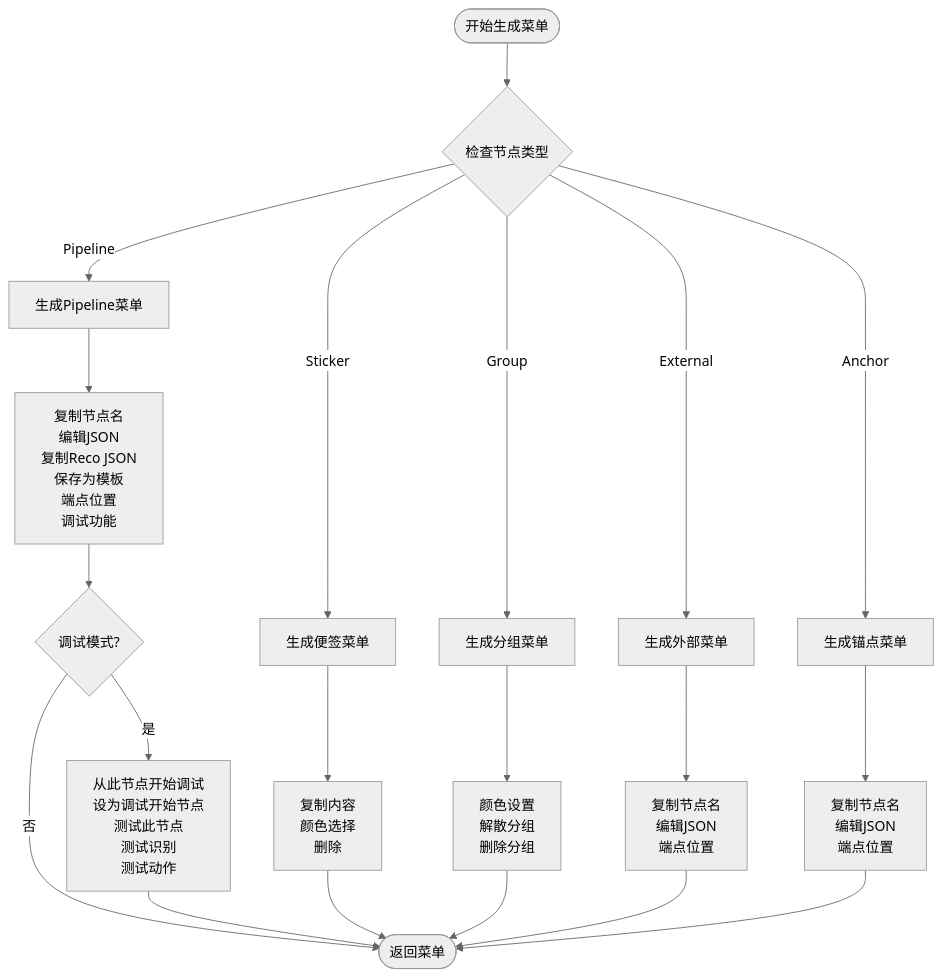
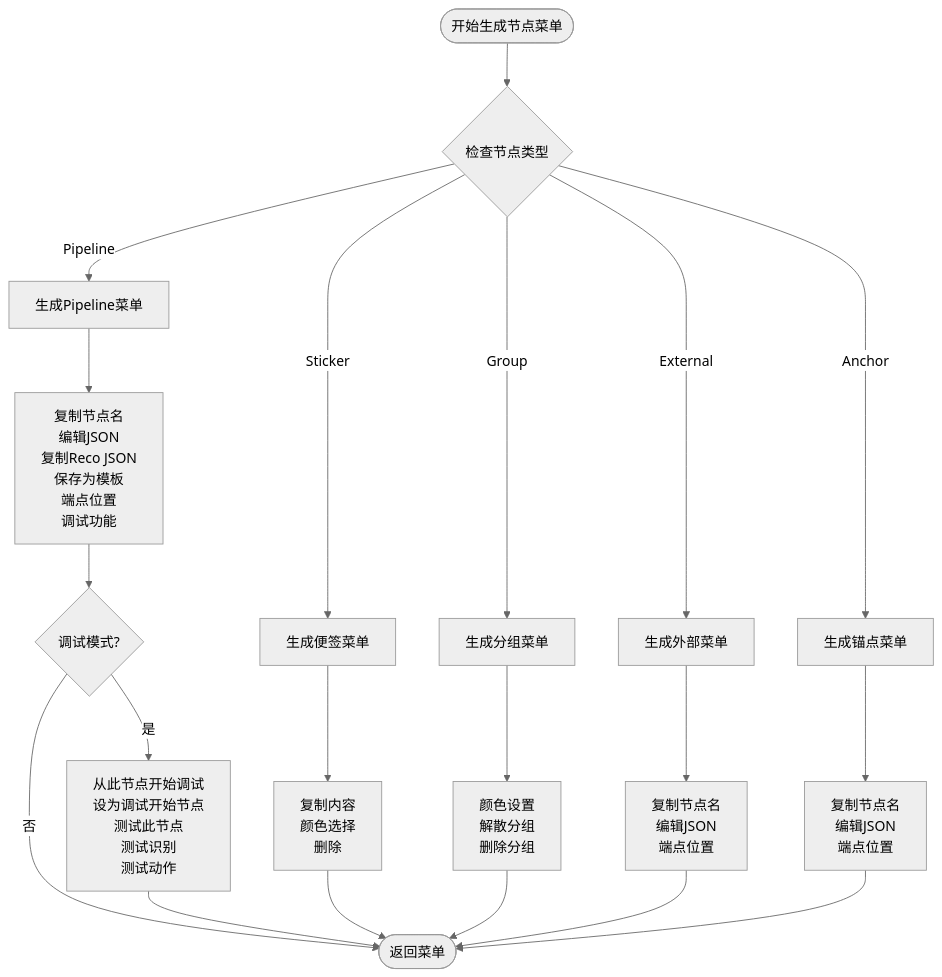
The sixth of 10 diagrams in .qoder/repowiki/zh/content/Node Context Menu.md (kqcoxn/MaaPipelineEditor), drawn with Mermaid (neutral theme) before and after one commit. The commit also changed other lines of this file and 22 other files, not shown here.

````diff
--- a/.qoder/repowiki/zh/content/Node Context Menu.md
+++ b/.qoder/repowiki/zh/content/Node Context Menu.md
@@ -171,22 +274,22 @@
 ```mermaid
 flowchart TD
-Start([开始生成菜单]) --> CheckType{检查节点类型}
+Start([开始生成节点菜单]) --> CheckType{检查节点类型}
 CheckType --> |Group| GroupMenu[生成分组菜单]
 CheckType --> |Sticker| StickerMenu[生成便签菜单]
 CheckType --> |Pipeline| PipelineMenu[生成Pipeline菜单]
 CheckType --> |External| ExternalMenu[生成外部菜单]
 CheckType --> |Anchor| AnchorMenu[生成锚点菜单]
 GroupMenu --> GroupActions[颜色设置<br/>解散分组<br/>删除分组]
 StickerMenu --> StickerActions[复制内容<br/>颜色选择<br/>删除]
 PipelineMenu --> PipelineActions[复制节点名<br/>编辑JSON<br/>复制Reco JSON<br/>保存为模板<br/>端点位置<br/>调试功能]
 ExternalMenu --> ExternalActions[复制节点名<br/>编辑JSON<br/>端点位置]
 AnchorMenu --> AnchorActions[复制节点名<br/>编辑JSON<br/>端点位置]
 PipelineActions --> DebugCheck{调试模式?}
 DebugCheck --> |是| DebugActions[从此节点开始调试<br/>设为调试开始节点<br/>测试此节点<br/>测试识别<br/>测试动作]
 DebugCheck --> |否| End([返回菜单])
 DebugActions --> End
 StickerActions --> End
 GroupActions --> End
 ExternalActions --> End
 AnchorActions --> End
 ```
````
